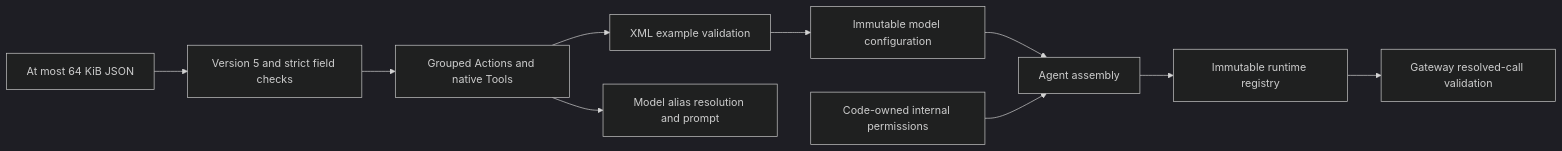
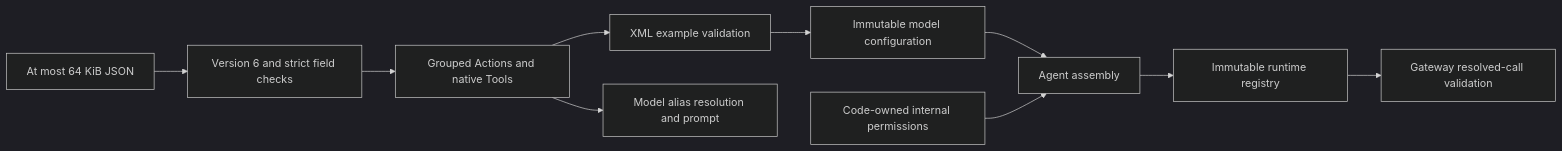
One commit to devilyouwei/MobileHarness changed the diagram in MobileHarness/Agents/Core/Capability/README.md. Above: the diagram before and after it, drawn with Mermaid (dark theme). The commit also changed other lines of this file and 238 other files, not shown here.

````diff
--- a/MobileHarness/Agents/Core/Capability/README.md
+++ b/MobileHarness/Agents/Core/Capability/README.md
@@ -15,12 +15,12 @@
 ```mermaid
 flowchart LR
-    Data[At most 64 KiB JSON] --> Schema[Version 5 and strict field checks]
+    Data[At most 64 KiB JSON] --> Schema[Version 6 and strict field checks]
     Schema --> Catalog[Grouped Actions and native Tools]
     Catalog --> Examples[XML example validation]
     Examples --> Config[Immutable model configuration]
     Config --> Agent[Agent assembly]
     Internal[Code-owned internal permissions] --> Agent
     Agent --> Registry[Immutable runtime registry]
     Catalog --> Resolve[Model alias resolution and prompt]
     Registry --> Permits[Gateway resolved-call validation]
 ```
````
